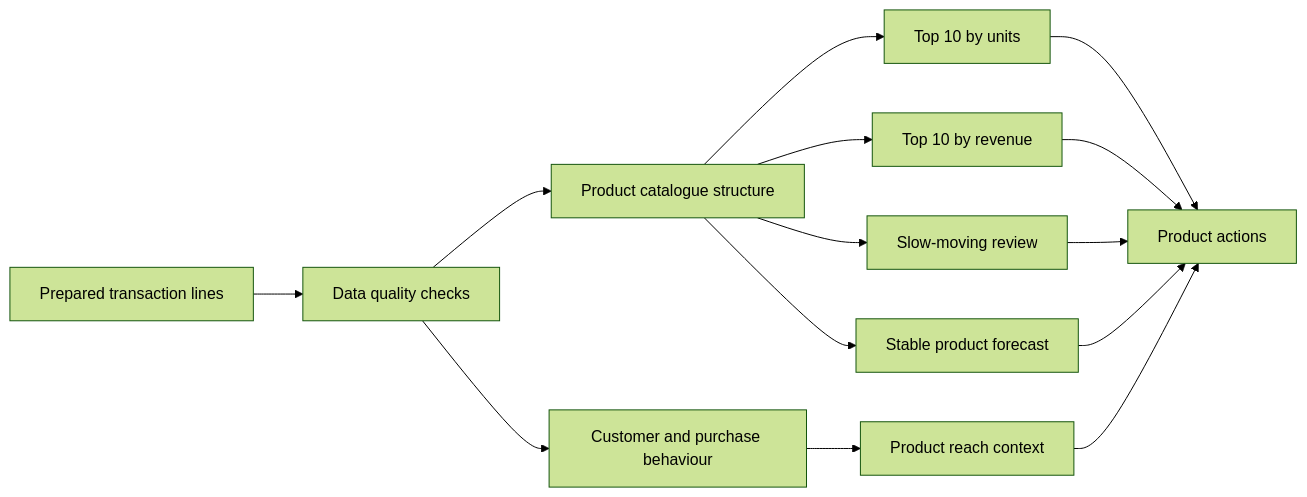
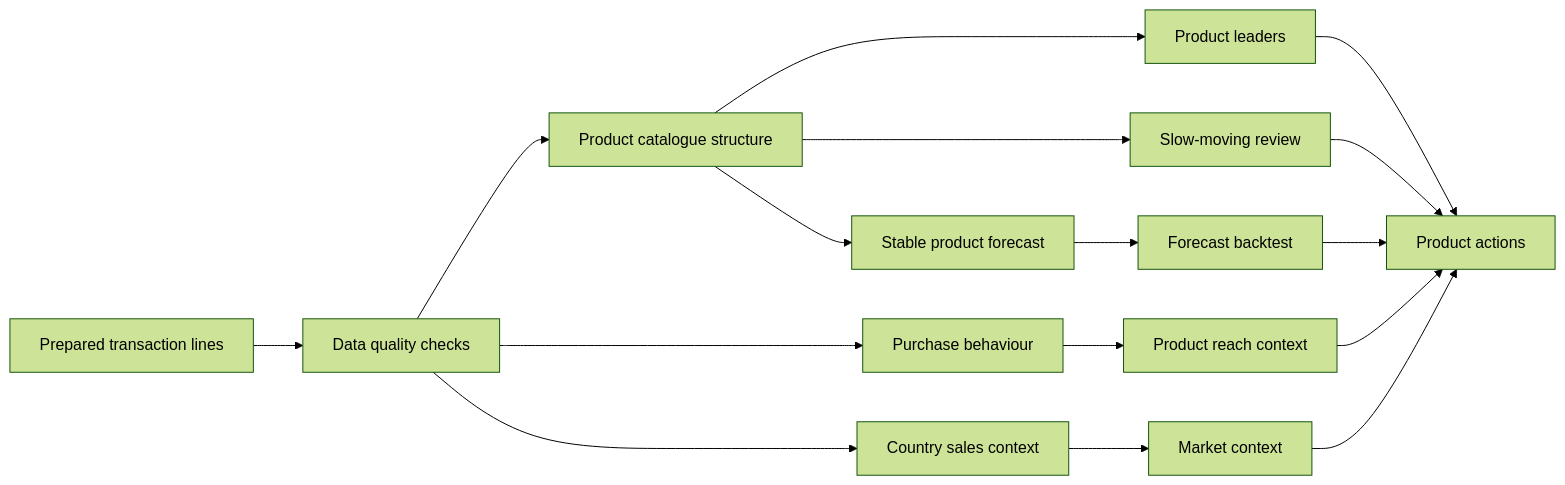
Before and after one commit to Kaidxc/customer-retention-sql-dashboard: the diagram in README.md, drawn with Mermaid (forest theme). The commit also changed other lines of this file and 27 other files, not shown here.

````diff
--- a/README.md
+++ b/README.md
@@ -195,16 +252,18 @@
 ```mermaid
 flowchart LR
     A[Prepared transaction lines] --> B[Data quality checks]
     B --> C[Product catalogue structure]
-    B --> D[Customer and purchase behaviour]
-    C --> E[Top 10 by units]
-    C --> F[Top 10 by revenue]
-    D --> G[Product reach context]
-    E --> H[Product actions]
-    F --> H
-    G --> H
-    C --> I[Slow-moving review]
-    C --> J[Stable product forecast]
-    I --> H
-    J --> H
+    B --> D[Purchase behaviour]
+    B --> E[Country sales context]
+    C --> F[Product leaders]
+    C --> G[Slow-moving review]
+    C --> H[Stable product forecast]
+    H --> I[Forecast backtest]
+    D --> J[Product reach context]
+    E --> K[Market context]
+    F --> L[Product actions]
+    G --> L
+    I --> L
+    J --> L
+    K --> L
 ```
````
